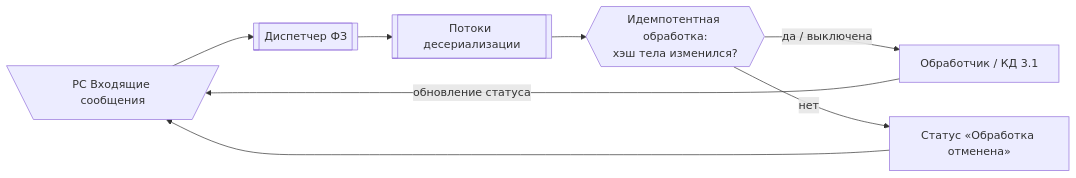
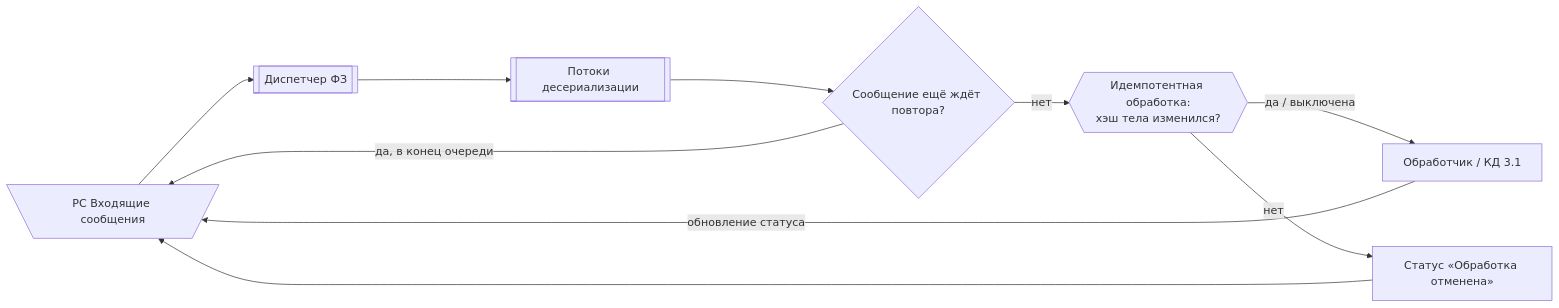
One commit to ShadobaAI/kafka-adapter changed the fifth of 6 diagrams in docs/overview/data-flow.md. Above: the diagram before and after it, drawn with Mermaid. The commit also changed other lines of this file and 15 other files, not shown here.

````diff
--- a/docs/overview/data-flow.md
+++ b/docs/overview/data-flow.md
@@ -197,10 +197,12 @@
 ```mermaid
 flowchart LR
     QUEUE[\"РС Входящие сообщения"/] --> DISPATCH[[Диспетчер ФЗ]]
     DISPATCH --> WORKERS[[Потоки десериализации]]
-    WORKERS --> HASH{{"Идемпотентная обработка:<br/>хэш тела изменился?"}}
+    WORKERS --> WAIT{"Сообщение ещё ждёт повтора?"}
+    WAIT -->|"да, в конец очереди"| QUEUE
+    WAIT -->|нет| HASH{{"Идемпотентная обработка:<br/>хэш тела изменился?"}}
     HASH -->|"да / выключена"| HANDLER["Обработчик / КД 3.1"]
     HASH -->|нет| CANCEL["Статус «Обработка отменена»"]
     HANDLER -->|обновление статуса| QUEUE
     CANCEL --> QUEUE
 ```
````
